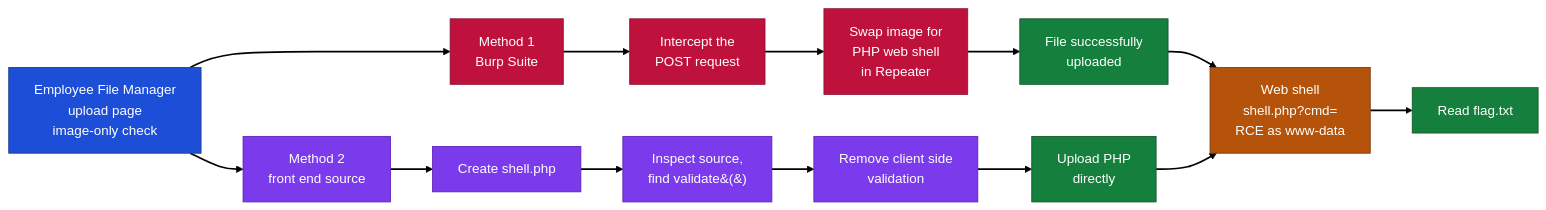
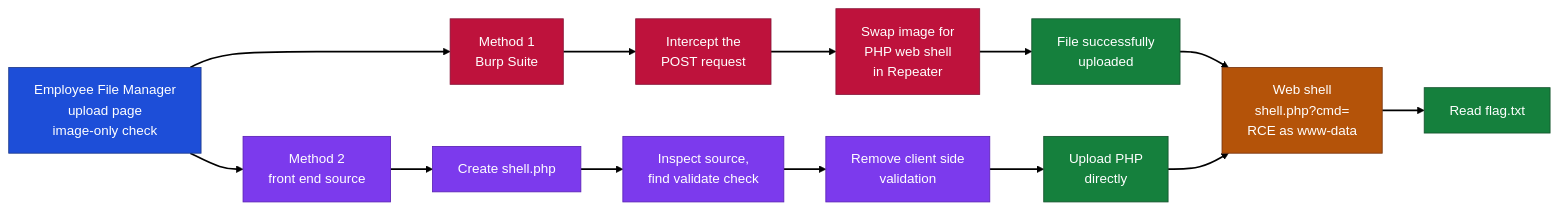
Before and after one commit to jeyjelson/Writeups: the diagram in HTB Bypassing Client-Side Validation for File Upload Attacks CTF Writeup/README.md, drawn with Mermaid (forest theme).

Commit message:
Update README with flowchart for file upload attack

````diff
--- a/HTB Bypassing Client-Side Validation for File Upload Attacks CTF Writeup/README.md
+++ b/HTB Bypassing Client-Side Validation for File Upload Attacks CTF Writeup/README.md
@@ -19,28 +20,28 @@
 ```mermaid
 flowchart LR
     A[Employee File Manager<br/>upload page<br/>image-only check]:::entry
-
+ 
     A --> B[Method 1<br/>Burp Suite]:::payload
     A --> C[Method 2<br/>front end source]:::intel
-
+ 
     B --> B1[Intercept the<br/>POST request]:::payload
     B1 --> B2[Swap image for<br/>PHP web shell<br/>in Repeater]:::payload
     B2 --> B3[File successfully<br/>uploaded]:::user
-
+ 
     C --> C1[Create shell.php]:::intel
-    C1 --> C2[Inspect source,<br/>find validate&#40;&#41;]:::intel
+    C1 --> C2[Inspect source,<br/>find validate check]:::intel
     C2 --> C3[Remove client side<br/>validation]:::intel
     C3 --> C4[Upload PHP<br/>directly]:::user
-
+ 
     B3 --> D[Web shell<br/>shell.php?cmd=<br/>RCE as www-data]:::mitre
     C4 --> D
     D --> E[Read flag.txt]:::user
-
+ 
     classDef entry fill:#1d4ed8,stroke:#1e3a8a,color:#ffffff;
     classDef ioc fill:#0f766e,stroke:#134e4a,color:#ffffff;
     classDef intel fill:#7c3aed,stroke:#5b21b6,color:#ffffff;
     classDef mitre fill:#b45309,stroke:#78350f,color:#ffffff;
     classDef payload fill:#be123c,stroke:#881337,color:#ffffff;
     classDef user fill:#15803d,stroke:#14532d,color:#ffffff;
     linkStyle default stroke-width:2px
 ```
````
